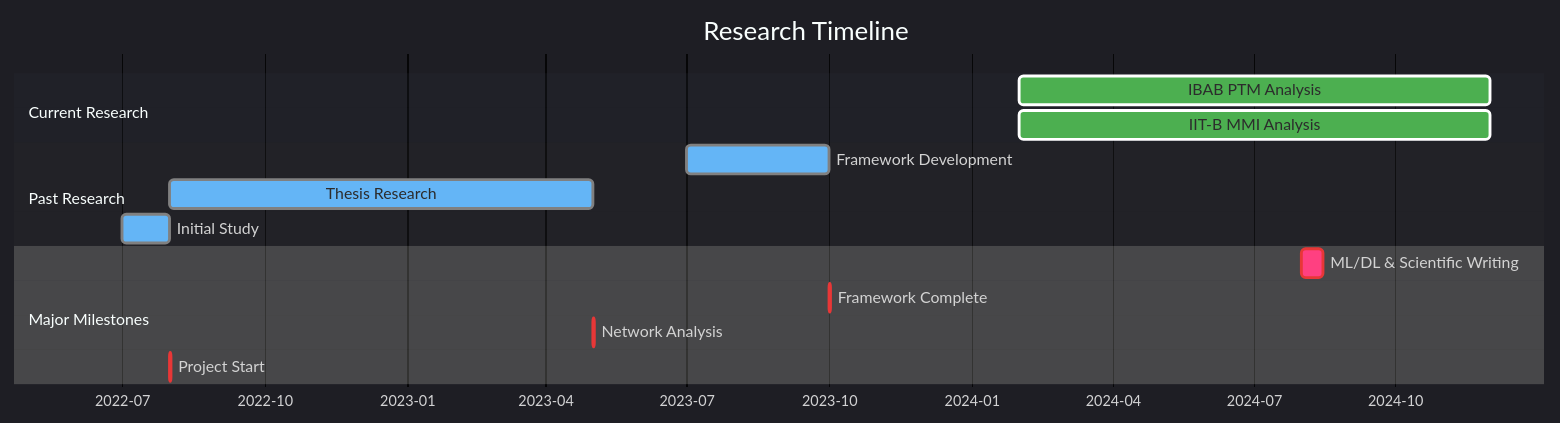
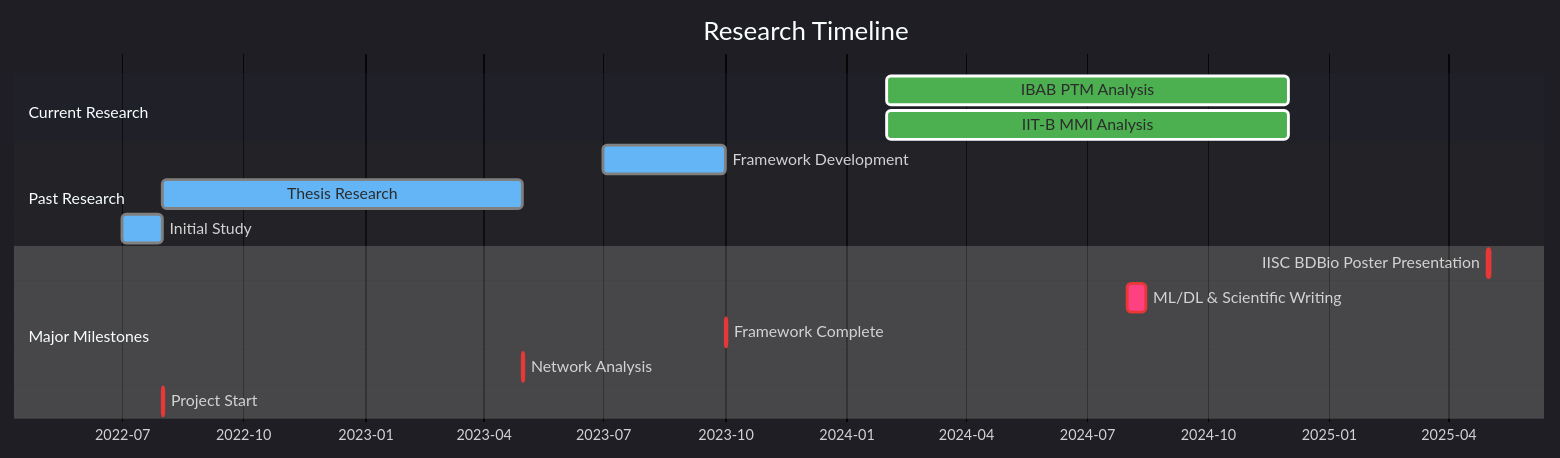
One commit to dhana56/dhana56 changed the third of 3 diagrams in README.md. Above: the diagram before and after it, drawn with Mermaid. The commit also changed other lines of this file, not shown here.

Commit message:
bdbio poster information updated

````diff
--- a/README.md
+++ b/README.md
@@ -176,34 +176,35 @@
 ```mermaid
 %%{init: {
     'theme': 'dark',
     'themeVariables': {
         'primaryColor': '#FF0000',
         'textColor': '#FFFFFF',
         'sectionBkgColor': '#2A2E37',
         'taskBkgColor': '#41465D',
         'activeTaskBkgColor': '#4CAF50',
         'doneTaskBkgColor': '#64B5F6',
         'critBkgColor': '#FF4081',
         'gridColor': '#444444'
     }
 }}%%
 gantt
     title Research Timeline
     dateFormat YYYY-MM
     axisFormat %Y-%m
     
     section Current Research
     IBAB PTM Analysis    :active, ptm, 2024-02, 2024-12
     IIT-B MMI Analysis   :active, mmi, 2024-02, 2024-12
     
     section Past Research
     Framework Development:done, fw, 2023-07, 2023-10
     Thesis Research      :done, th, 2022-08, 2023-05
     Initial Study        :done, in, 2022-07, 2022-08
     
     section Major Milestones
+    IISC BDBio Poster Presentation :crit, m1, 2025-05, 2d
     ML/DL & Scientific Writing :crit, m1, 2024-08, 14d
     Framework Complete   :crit, m2, 2023-10, 1d
     Network Analysis     :crit, m3, 2023-05, 1d
     Project Start        :crit, m4, 2022-08, 1d
 ```
````
